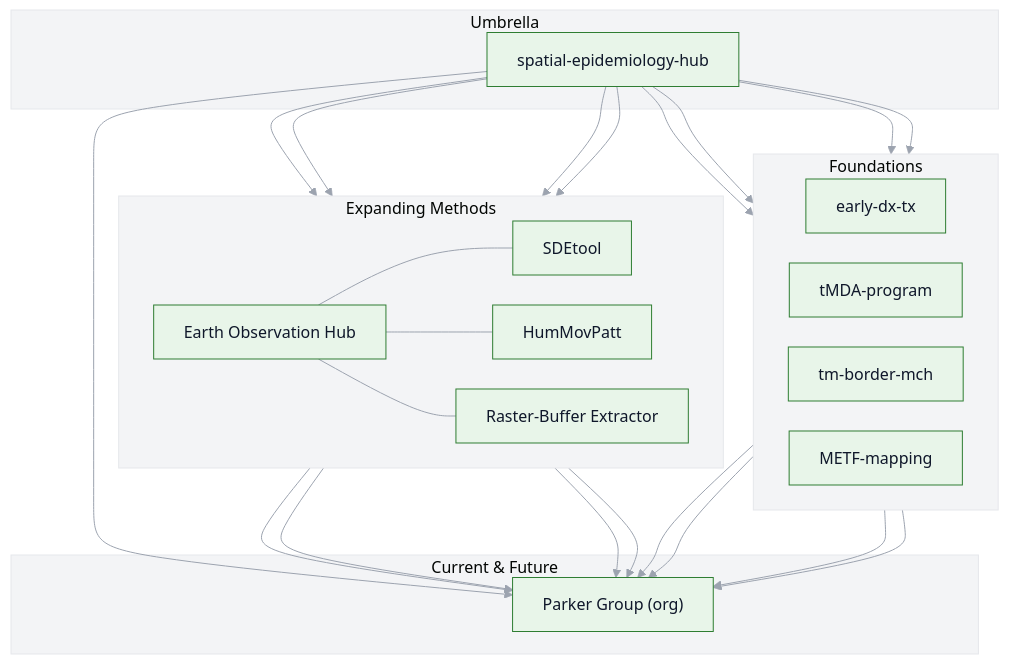
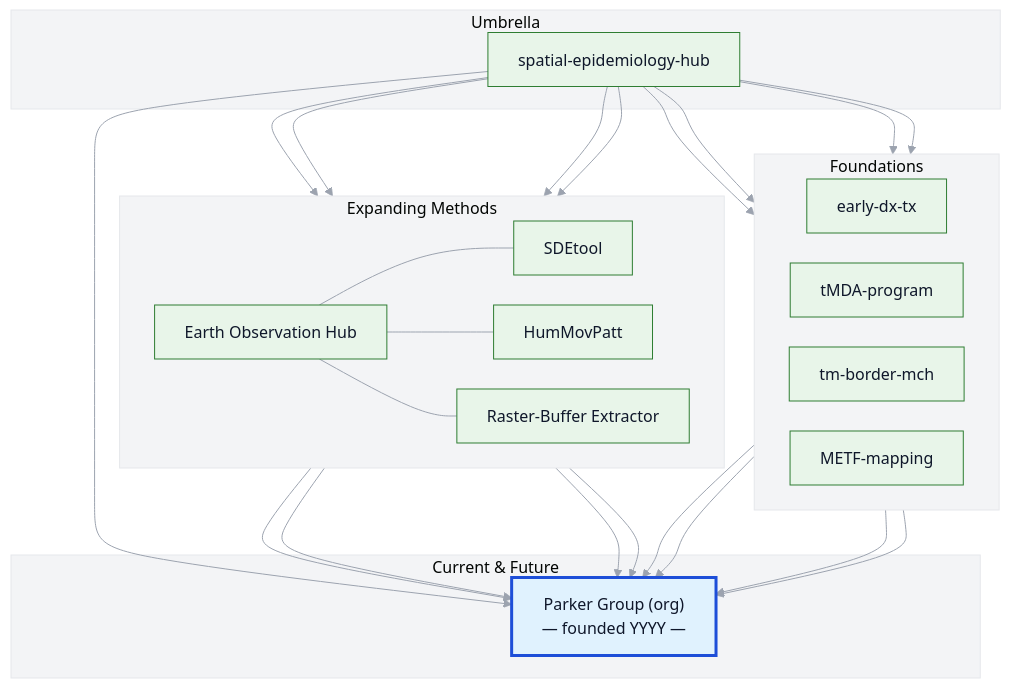
One commit to DMParker1/spatial-epidemiology-hub changed the diagram in README.md. Above: the diagram before and after it, drawn with Mermaid.

````diff
--- a/README.md
+++ b/README.md
@@ -40,55 +40,58 @@
 ```mermaid
 %%{init: {"theme":"base","themeVariables":{
   "background":"#FAFAFA","clusterBkg":"#F3F4F6","clusterBorder":"#E5E7EB",
   "primaryColor":"#E8F5E9","primaryBorderColor":"#2E7D32",
   "primaryTextColor":"#0F172A","lineColor":"#9CA3AF"
 }, "flowchart":{"rankSpacing":45,"nodeSpacing":30}}}%%
 flowchart TB
   subgraph A[Foundations]
     direction LR
     EDT["early-dx-tx"]
     tMDA["tMDA-program"]
     MCH["tm-border-mch"]
     METF["METF-mapping"]
   end
   subgraph B[Expanding Methods]
     direction LR
     EO["Earth Observation Hub"]
     SDE["SDEtool"]
     HUM["HumMovPatt"]
     RBE["Raster-Buffer Extractor"]
   end
   subgraph C[Umbrella]
     GIS["spatial-epidemiology-hub"]
   end
   subgraph D[Current & Future]
-    PG["Parker Group (org)"]
+    PG["Parker Group (org)\n— founded YYYY —"]:::pg
   end
 
   %% Umbrella (solid, present)
   GIS --> EDT
   GIS --> tMDA
   GIS --> MCH
   GIS --> METF
   GIS --> EO
   GIS --> SDE
   GIS --> HUM
   GIS --> RBE
   GIS --> PG
 
   %% Current method interplay (solid, present)
   EO --- SDE
   EO --- HUM
   EO --- RBE
 
   %% Present convergence to Parker Group (solid)
   EO --> PG
   SDE --> PG
   HUM --> PG
   RBE --> PG
   METF --> PG
   tMDA --> PG
   EDT --> PG
   MCH --> PG
 
+  %% Highlight Parker Group node
+  classDef pg fill:#E0F2FE,stroke:#1D4ED8,stroke-width:3px;
+
 ```
````
